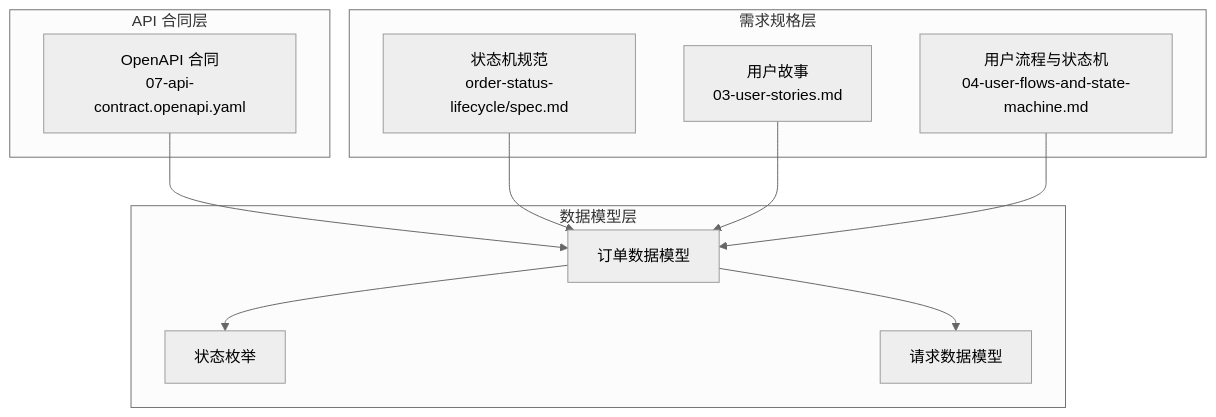
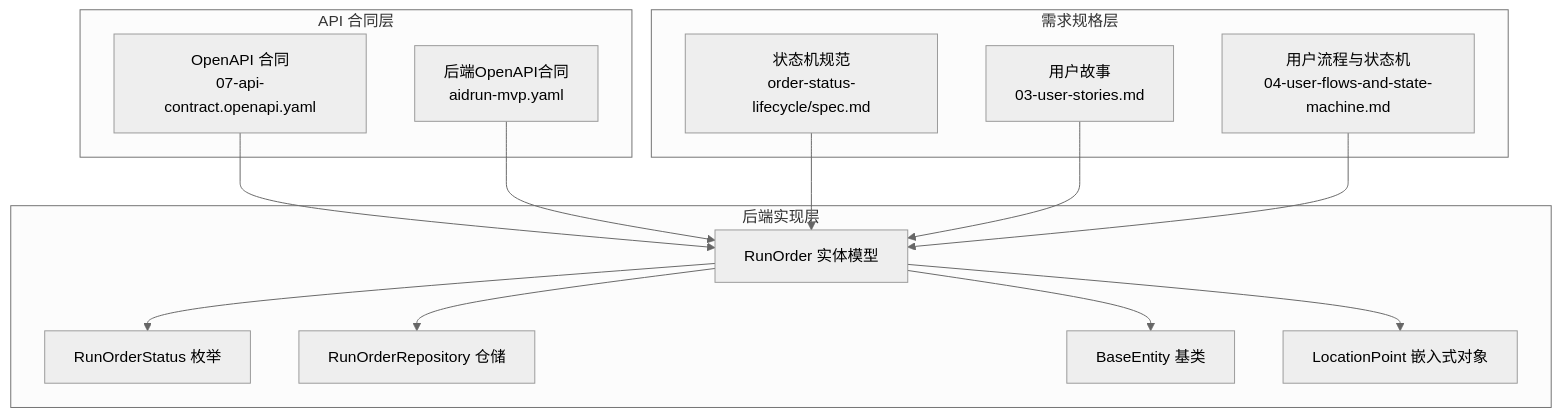
The first of 7 diagrams in .qoder/repowiki/zh/content/API 接口文档/订单管理接口/订单管理接口.md (Jayden23018/blind-run-ios), drawn with Mermaid (neutral theme) before and after one commit. The commit also changed other lines of this file and 7 other files, not shown here.

````diff
--- a/.qoder/repowiki/zh/content/API 接口文档/订单管理接口/订单管理接口.md
+++ b/.qoder/repowiki/zh/content/API 接口文档/订单管理接口/订单管理接口.md
@@ -32,22 +47,28 @@
 ```mermaid
 graph TB
 subgraph "API 合同层"
 OpenAPI[OpenAPI 合同<br/>07-api-contract.openapi.yaml]
+BackendOpenAPI[后端OpenAPI合同<br/>aidrun-mvp.yaml]
 end
 subgraph "需求规格层"
 Lifecycle[状态机规范<br/>order-status-lifecycle/spec.md]
 UserStories[用户故事<br/>03-user-stories.md]
 FlowState[用户流程与状态机<br/>04-user-flows-and-state-machine.md]
 end
-subgraph "数据模型层"
-OrderSchema[订单数据模型]
-StatusEnum[状态枚举]
-RequestSchema[请求数据模型]
+subgraph "后端实现层"
+RunOrder[RunOrder 实体模型]
+RunOrderStatus[RunOrderStatus 枚举]
+RunOrderRepository[RunOrderRepository 仓储]
+BaseEntity[BaseEntity 基类]
+LocationPoint[LocationPoint 嵌入式对象]
 end
-OpenAPI --> OrderSchema
-Lifecycle --> OrderSchema
-UserStories --> OrderSchema
-FlowState --> OrderSchema
-OrderSchema --> StatusEnum
-OrderSchema --> RequestSchema
+OpenAPI --> RunOrder
+BackendOpenAPI --> RunOrder
+Lifecycle --> RunOrder
+UserStories --> RunOrder
+FlowState --> RunOrder
+RunOrder --> RunOrderStatus
+RunOrder --> RunOrderRepository
+RunOrder --> BaseEntity
+RunOrder --> LocationPoint
 ```
````
